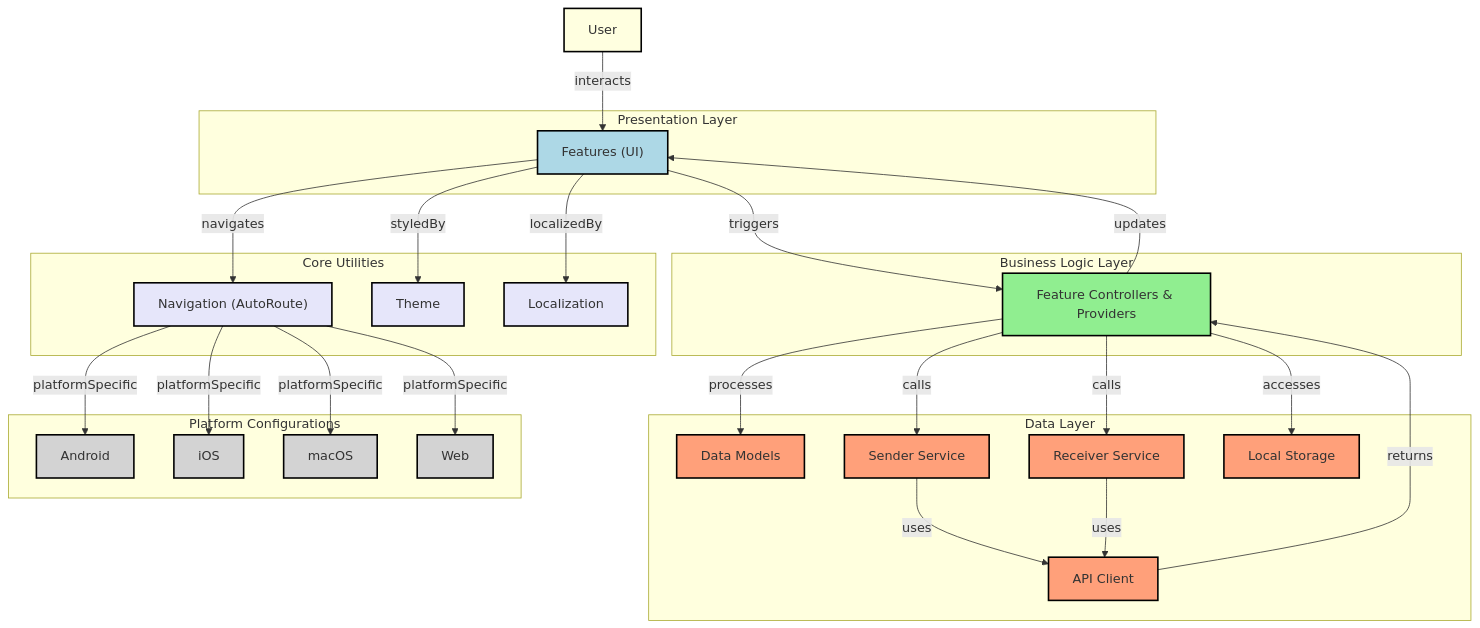
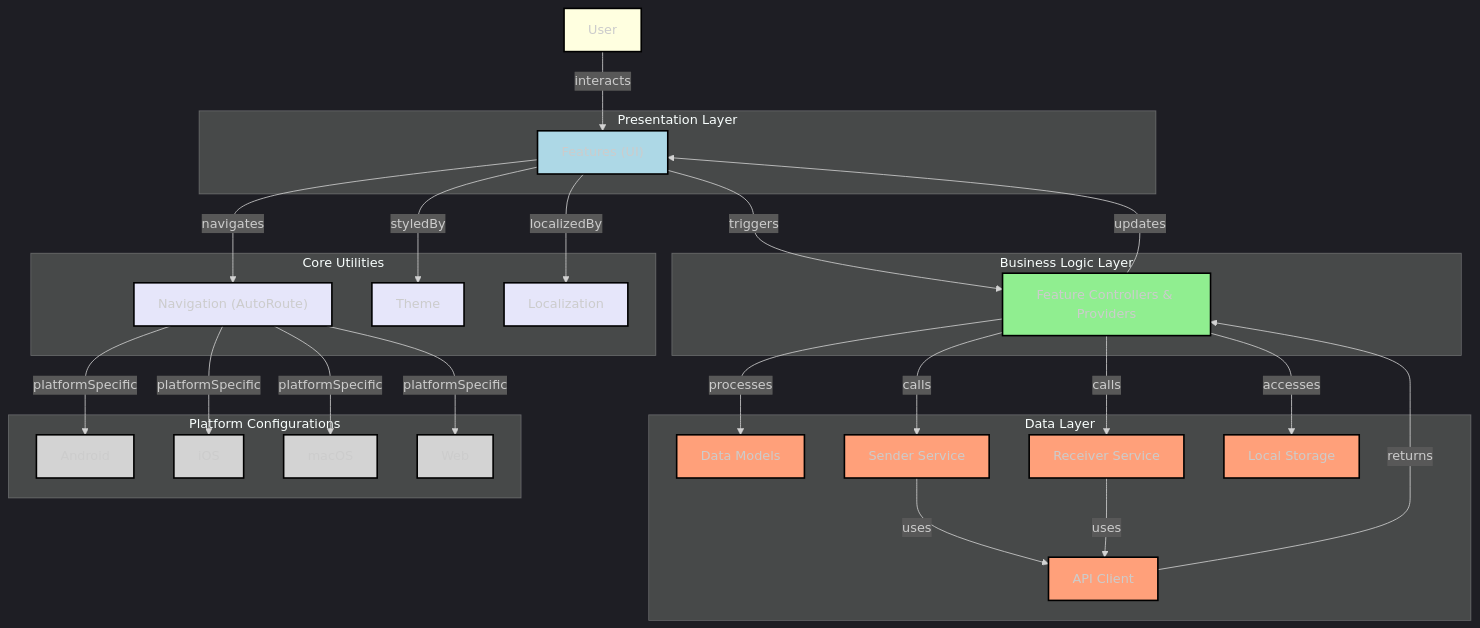
Before and after one commit to Shreemanarjun/flutter_sharez: the diagram in README.md, drawn with Mermaid.

Commit message:
Update mermaid diagram theme in README to dark mode for better visibility

````diff
--- a/README.md
+++ b/README.md
@@ -228,5 +228,5 @@
 ```mermaid
- %%{init: { 'theme':'light', 'sequence': {'useMaxWidth':false} } }%%
+ %%{init: { 'theme':'dark', 'sequence': {'useMaxWidth':false} } }%%
 flowchart TB
     %% External / User
     U["User"]:::external
````
